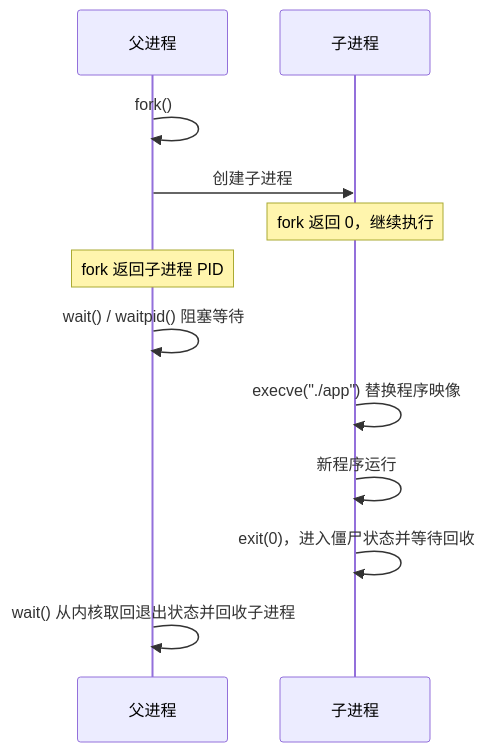
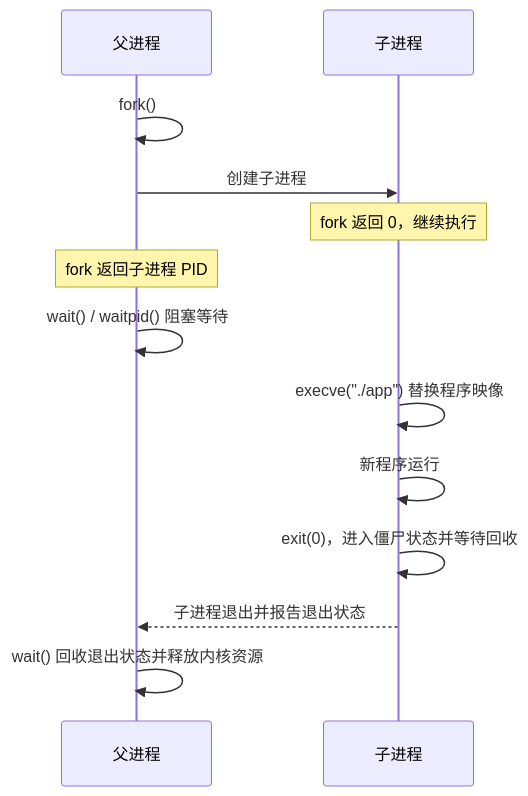
Before and after one commit to xiehanff/myblog: the third of 3 diagrams in content/cs101/03-操作系统与程序运行/02-进程、线程与调度.md, drawn with Mermaid. The commit also changed 7 other files, not shown here.

Commit message:
docs: 修正网络与数据结构课程文档的图表和文本表述

````diff
--- a/content/cs101/03-操作系统与程序运行/02-进程、线程与调度.md
+++ b/content/cs101/03-操作系统与程序运行/02-进程、线程与调度.md
@@ -150,14 +150,15 @@
 ```mermaid
 sequenceDiagram
   participant Parent as 父进程
   participant Child as 子进程
   Parent->>Parent: fork()
   Parent->>Child: 创建子进程
   Note over Child: fork 返回 0，继续执行
   Note over Parent: fork 返回子进程 PID
   Parent->>Parent: wait() / waitpid() 阻塞等待
   Child->>Child: execve("./app") 替换程序映像
   Child->>Child: 新程序运行
   Child->>Child: exit(0)，进入僵尸状态并等待回收
-  Parent->>Parent: wait() 从内核取回退出状态并回收子进程
+  Child-->>Parent: 子进程退出并报告退出状态
+  Parent->>Parent: wait() 回收退出状态并释放内核资源
 ```
````
